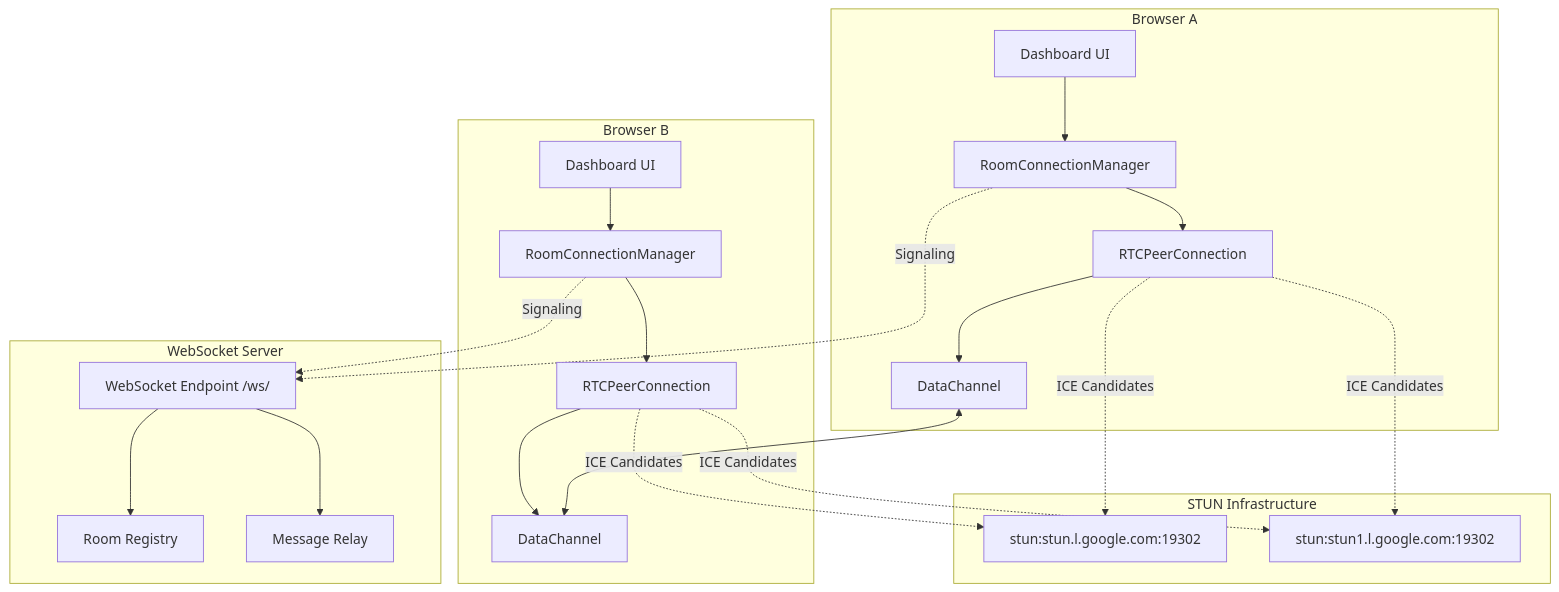
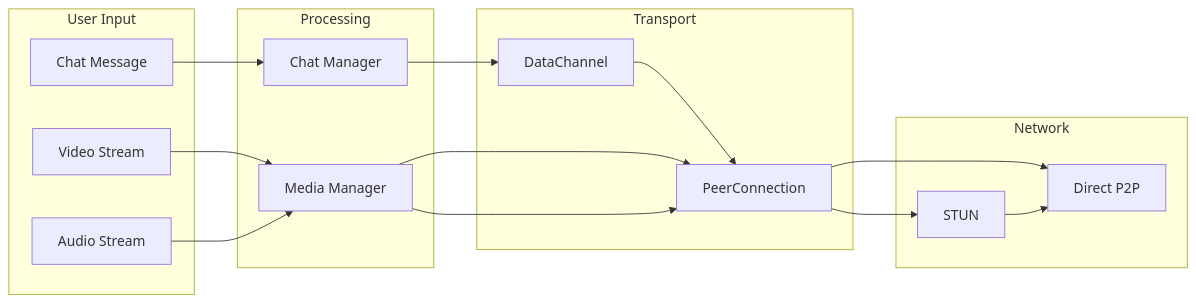
Before and after one commit to xlp0/LandingPage: the ninth of 11 diagrams in docs/webrtc-dashboard-architecture.md, drawn with Mermaid. The commit also changed other lines of this file, not shown here.

First line of the commit message:
RESTORE: Use our comprehensive architecture document (1099 lines)

````diff
--- a/docs/webrtc-dashboard-architecture.md
+++ b/docs/webrtc-dashboard-architecture.md
@@ -308,47 +489,28 @@
 ```mermaid
-graph TB
-    subgraph "Browser A"
-        UIA[Dashboard UI]
-        RBCA[RoomConnectionManager]
-        PCA[RTCPeerConnection]
-        DCA[DataChannel]
+graph LR
+    subgraph "User Input"
+        MSG[Chat Message]
+        VIDEO[Video Stream]
+        AUDIO[Audio Stream]
     end
     
-    subgraph "Browser B"
-        UIB[Dashboard UI]
-        RBCB[RoomConnectionManager]
-        PCB[RTCPeerConnection]
-        DCB[DataChannel]
+    subgraph "Processing"
+        CM2[Chat Manager]
+        MS2[Media Manager]
     end
     
-    subgraph "WebSocket Server"
-        WSS[WebSocket Endpoint /ws/]
-        RR[Room Registry]
-        MSG[Message Relay]
+    subgraph "Transport"
+        DC2[DataChannel]
+        PC2[PeerConnection]
     end
     
-    subgraph "STUN Infrastructure"
-        STUN1[stun:stun.l.google.com:19302]
-        STUN2[stun:stun1.l.google.com:19302]
+    subgraph "Network"
+        STUN2[STUN]
+        P2P[Direct P2P]
     end
     
-    UIA --> RBCA
-    RBCA --> PCA
-    PCA --> DCA
-    
-    UIB --> RBCB
-    RBCB --> PCB
-    PCB --> DCB
-    
-    RBCA -.->|Signaling| WSS
-    RBCB -.->|Signaling| WSS
-    WSS --> RR
-    WSS --> MSG
-    
-    PCA -.->|ICE Candidates| STUN1
-    PCA -.->|ICE Candidates| STUN2
-    PCB -.->|ICE Candidates| STUN1
-    PCB -.->|ICE Candidates| STUN2
-    
-    DCA <--> DCB
+    MSG --> CM2 --> DC2 --> PC2 --> P2P
+    VIDEO --> MS2 --> PC2
+    AUDIO --> MS2 --> PC2
+    PC2 --> STUN2 --> P2P
 ```
````
